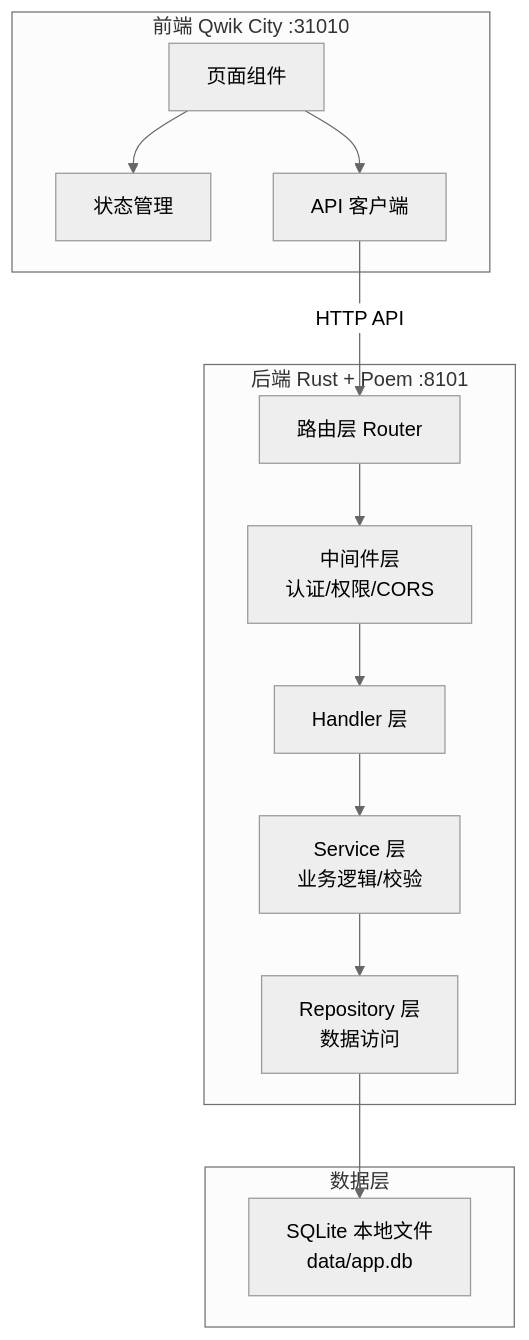
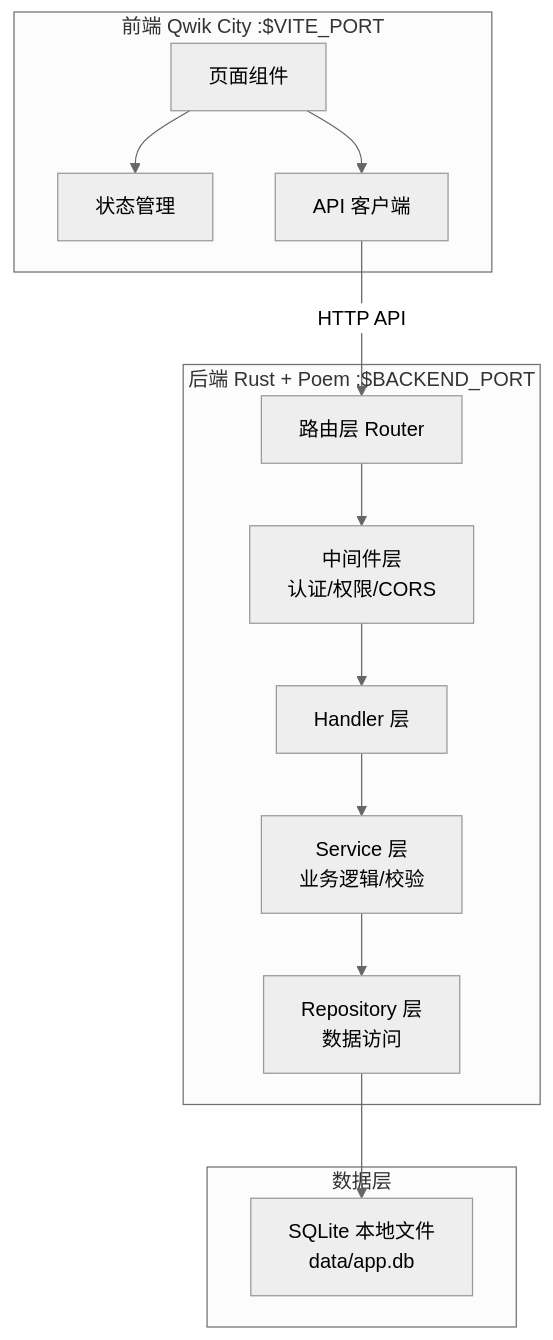
The first of 3 diagrams in .trae/documents/tech-architecture.md (Yannis3213/trae-123), drawn with Mermaid (neutral theme) before and after one commit. The commit also changed other lines of this file and 6 other files, not shown here.

````diff
--- a/.trae/documents/tech-architecture.md
+++ b/.trae/documents/tech-architecture.md
@@ -3,18 +3,18 @@
 ```mermaid
 graph TB
-    subgraph "前端 Qwik City :31010"
+    subgraph "前端 Qwik City :$VITE_PORT"
         A["页面组件"] --> B["状态管理"]
         A --> C["API 客户端"]
     end
-    subgraph "后端 Rust + Poem :8101"
+    subgraph "后端 Rust + Poem :$BACKEND_PORT"
         D["路由层 Router"] --> E["中间件层<br/>认证/权限/CORS"]
         E --> F["Handler 层"]
         F --> G["Service 层<br/>业务逻辑/校验"]
         G --> H["Repository 层<br/>数据访问"]
     end
     subgraph "数据层"
         I["SQLite 本地文件<br/>data/app.db"]
     end
     C -->|"HTTP API"| D
     H --> I
 ```
````
